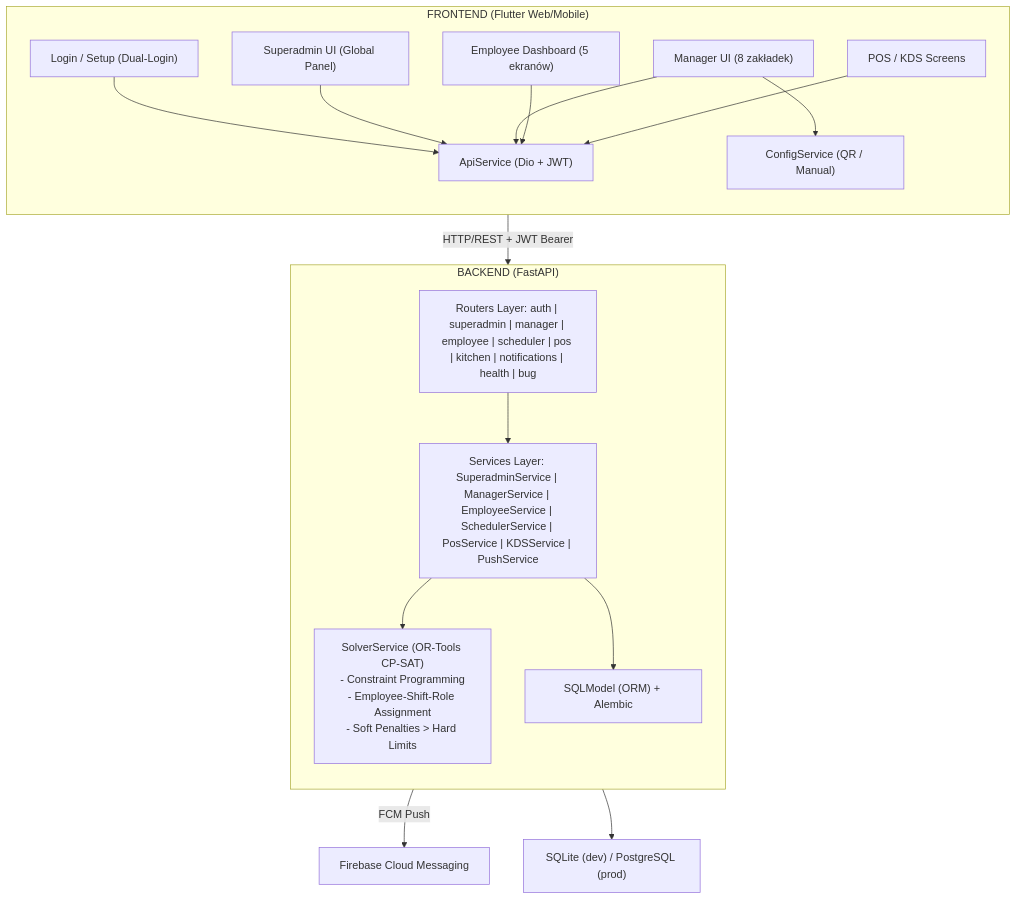
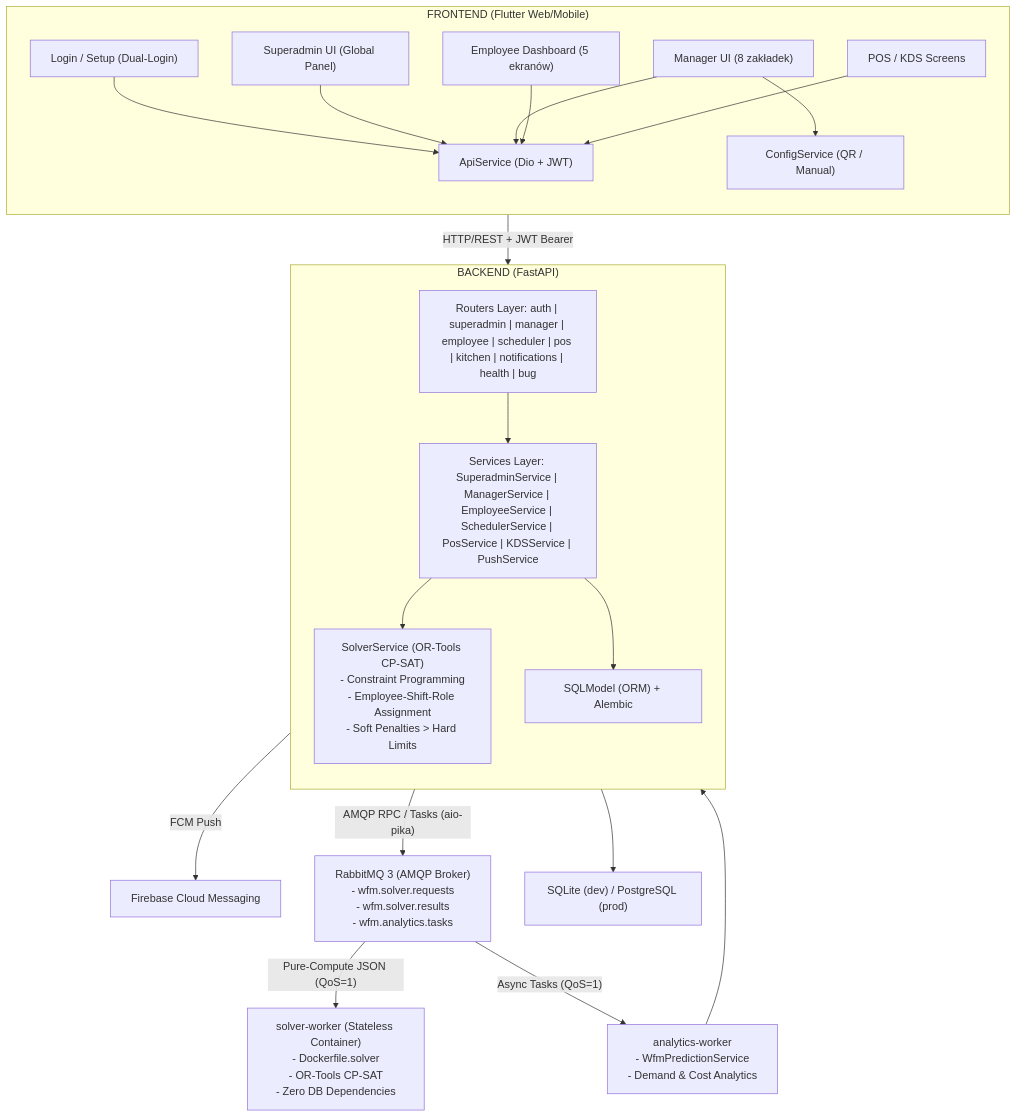
Before and after one commit to mwieclawek/PlannerV2: the first of 5 diagrams in ARCHITECTURE.md, drawn with Mermaid. The commit also changed other lines of this file and 9 other files, not shown here.

Commit message:
docs: update full project documentation for v2.2.3 (RabbitMQ workers, stateless solver, slot-based ShiftAuditLog)

````diff
--- a/ARCHITECTURE.md
+++ b/ARCHITECTURE.md
@@ -28,37 +28,41 @@
 ```mermaid
 graph TD
     subgraph FRONTEND["FRONTEND (Flutter Web/Mobile)"]
         direction TB
         LOGIN["Login / Setup (Dual-Login)"]
         SUPERADMIN_UI["Superadmin UI (Global Panel)"]
         MANAGER_UI["Manager UI (8 zakładek)"]
         EMPLOYEE_UI["Employee Dashboard (5 ekranów)"]
         POS_UI["POS / KDS Screens"]
         API_SVC["ApiService (Dio + JWT)"]
         CONFIG_SVC["ConfigService (QR / Manual)"]
 
         LOGIN --> API_SVC
         SUPERADMIN_UI --> API_SVC
         MANAGER_UI --> API_SVC
         EMPLOYEE_UI --> API_SVC
         POS_UI --> API_SVC
         MANAGER_UI --> CONFIG_SVC
     end
 
     API_SVC -- "HTTP/REST + JWT Bearer" --> ROUTERS
 
     subgraph BACKEND["BACKEND (FastAPI)"]
         direction TB
         ROUTERS["Routers Layer: auth | superadmin | manager | employee | scheduler | pos | kitchen | notifications | health | bug"]
         SERVICES["Services Layer: SuperadminService | ManagerService | EmployeeService | SchedulerService | PosService | KDSService | PushService"]
         SOLVER["SolverService (OR-Tools CP-SAT)\n- Constraint Programming\n- Employee-Shift-Role Assignment\n- Soft Penalties > Hard Limits"]
         ORM["SQLModel (ORM) + Alembic"]
 
         ROUTERS --> SERVICES
         SERVICES --> SOLVER
         SERVICES --> ORM
     end
 
     SERVICES -- "FCM Push" --> FCM["Firebase Cloud Messaging"]
+    SERVICES -- "AMQP RPC / Tasks (aio-pika)" --> RABBITMQ["RabbitMQ 3 (AMQP Broker)\n- wfm.solver.requests\n- wfm.solver.results\n- wfm.analytics.tasks"]
+    RABBITMQ -- "Pure-Compute JSON (QoS=1)" --> SOLVER_WORKER["solver-worker (Stateless Container)\n- Dockerfile.solver\n- OR-Tools CP-SAT\n- Zero DB Dependencies"]
+    RABBITMQ -- "Async Tasks (QoS=1)" --> ANALYTICS_WORKER["analytics-worker\n- WfmPredictionService\n- Demand & Cost Analytics"]
+    ANALYTICS_WORKER --> ORM
     ORM --> DB["SQLite (dev) / PostgreSQL (prod)"]
 ```
````
